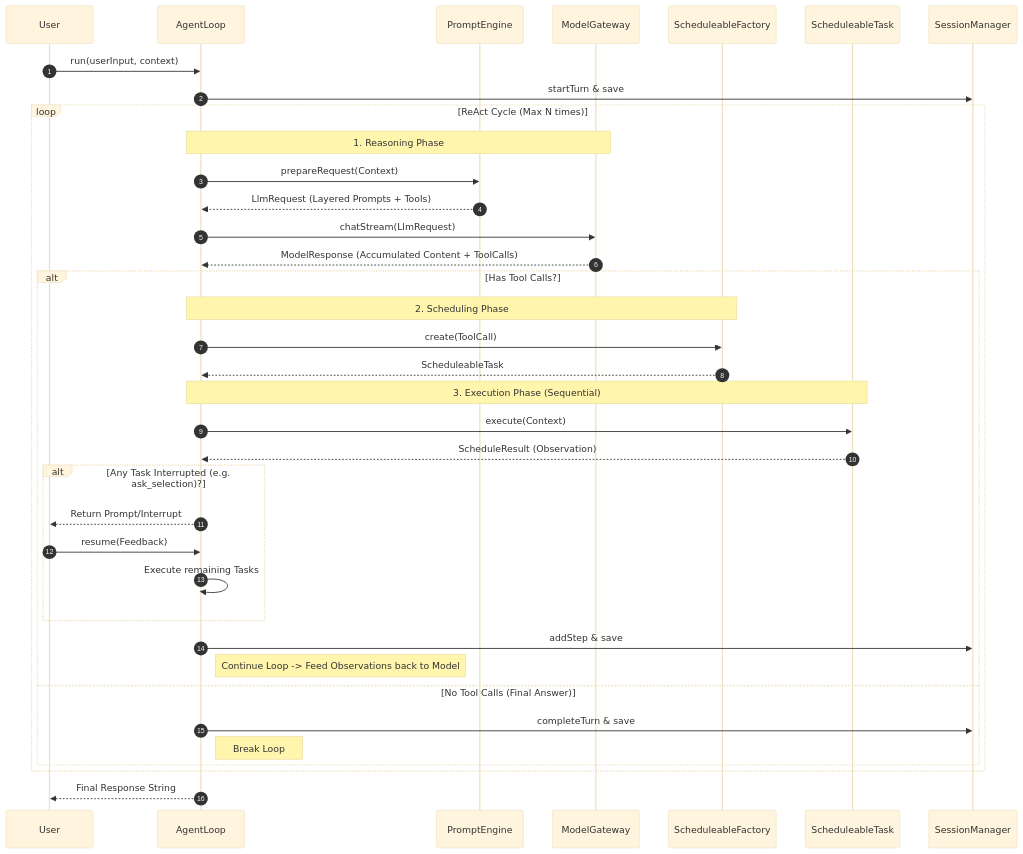
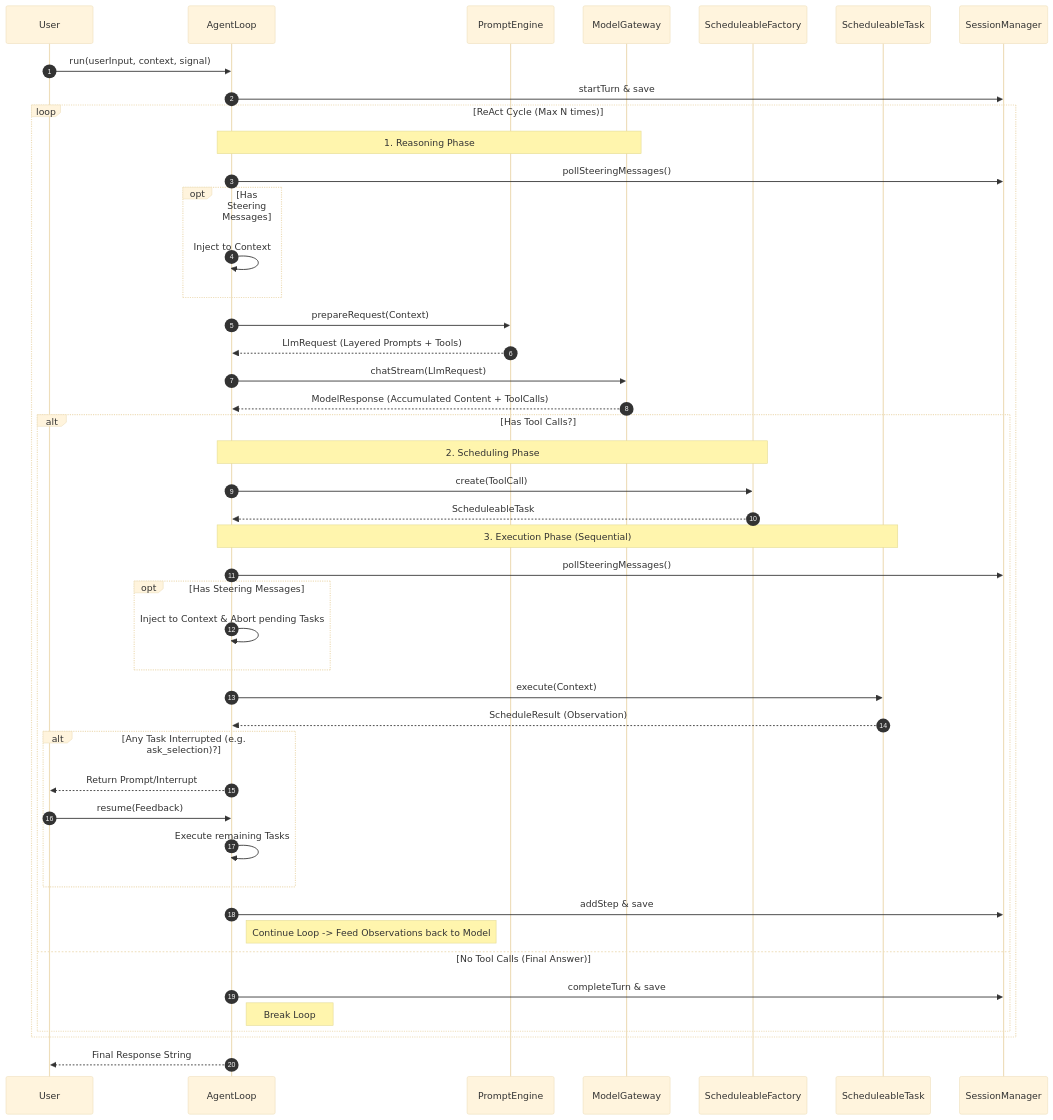
The second of 3 diagrams in docs/CORE_KERNEL_DESIGN.md (stream-iori/ganglia), drawn with Mermaid (base theme) before and after one commit. The commit also changed other lines of this file and 9 other files, not shown here.

First line of the commit message:
feat(core): implement two-layer steering and hard abort

````diff
--- a/docs/CORE_KERNEL_DESIGN.md
+++ b/docs/CORE_KERNEL_DESIGN.md
@@ -91,48 +97,58 @@
 ```mermaid
 sequenceDiagram
     autonumber
     participant User
     participant AgentLoop
     participant PromptEngine
     participant Model as ModelGateway
     participant Factory as ScheduleableFactory
     participant Task as ScheduleableTask
     participant SM as SessionManager
 
-    User->>AgentLoop: run(userInput, context)
+    User->>AgentLoop: run(userInput, context, signal)
     AgentLoop->>SM: startTurn & save
     
     loop ReAct Cycle (Max N times)
         Note over AgentLoop, Model: 1. Reasoning Phase
+        AgentLoop->>SM: pollSteeringMessages()
+        opt Has Steering Messages
+            AgentLoop->>AgentLoop: Inject to Context
+        end
+
         AgentLoop->>PromptEngine: prepareRequest(Context)
         PromptEngine-->>AgentLoop: LlmRequest (Layered Prompts + Tools)
         
         AgentLoop->>Model: chatStream(LlmRequest)
         Model-->>AgentLoop: ModelResponse (Accumulated Content + ToolCalls)
         
         alt Has Tool Calls?
             Note over AgentLoop, Factory: 2. Scheduling Phase
             AgentLoop->>Factory: create(ToolCall)
             Factory-->>AgentLoop: ScheduleableTask
             
             Note over AgentLoop, Task: 3. Execution Phase (Sequential)
+            AgentLoop->>SM: pollSteeringMessages()
+            opt Has Steering Messages
+                AgentLoop->>AgentLoop: Inject to Context & Abort pending Tasks
+            end
+
             AgentLoop->>Task: execute(Context)
             Task-->>AgentLoop: ScheduleResult (Observation)
             
             alt Any Task Interrupted (e.g. ask_selection)?
                 AgentLoop-->>User: Return Prompt/Interrupt
                 User->>AgentLoop: resume(Feedback)
                 AgentLoop->>AgentLoop: Execute remaining Tasks
             end
             
             AgentLoop->>SM: addStep & save
             Note right of AgentLoop: Continue Loop -> Feed Observations back to Model
             
         else No Tool Calls (Final Answer)
             AgentLoop->>SM: completeTurn & save
             Note right of AgentLoop: Break Loop
         end
     end
 
     AgentLoop-->>User: Final Response String
 ```
````
